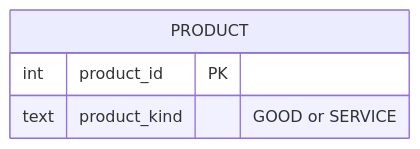
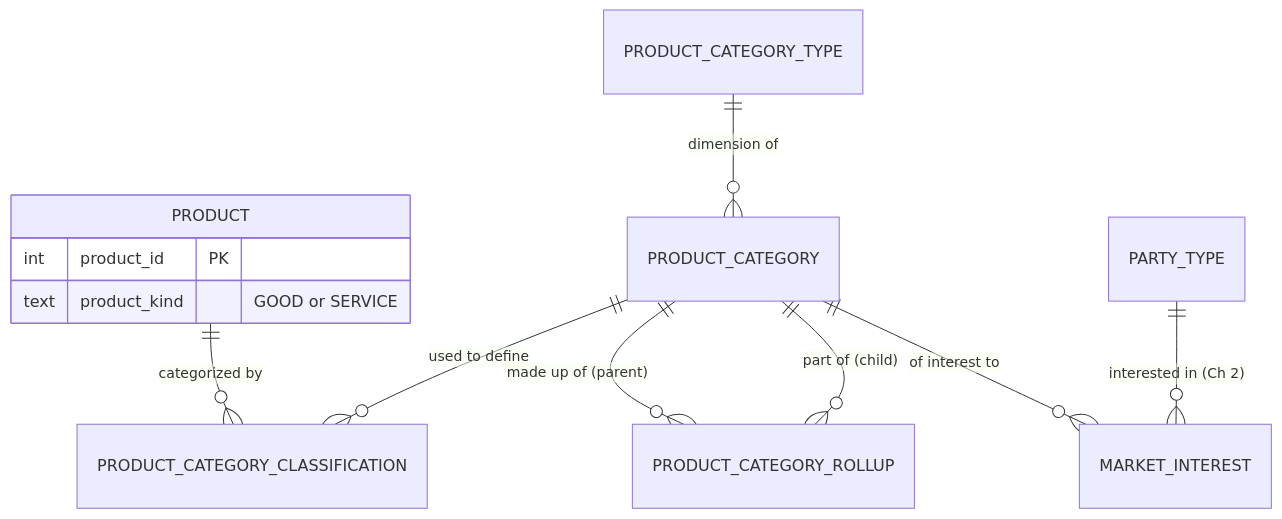
Before and after one commit to mauricioaznar/data-modelling-patterns: the diagram in volumes/v1-all-enterprises/03-products/diagram.md, drawn with Mermaid. The commit also changed 4 other files, not shown here.

Commit message:
Vol 1 Ch 3: Fig 3.2 product category (classification, rollup, market interest)

````diff
--- a/volumes/v1-all-enterprises/03-products/diagram.md
+++ b/volumes/v1-all-enterprises/03-products/diagram.md
@@ -7,8 +7,17 @@
 ```mermaid
 erDiagram
   %% Fig 3.1 — Product definition
   PRODUCT {
     int  product_id PK
     text product_kind "GOOD or SERVICE"
   }
+
+  %% Fig 3.2 — Product category
+  PRODUCT                 ||--o{ PRODUCT_CATEGORY_CLASSIFICATION : "categorized by"
+  PRODUCT_CATEGORY        ||--o{ PRODUCT_CATEGORY_CLASSIFICATION : "used to define"
+  PRODUCT_CATEGORY_TYPE   ||--o{ PRODUCT_CATEGORY                : "dimension of"
+  PRODUCT_CATEGORY        ||--o{ PRODUCT_CATEGORY_ROLLUP         : "made up of (parent)"
+  PRODUCT_CATEGORY        ||--o{ PRODUCT_CATEGORY_ROLLUP         : "part of (child)"
+  PRODUCT_CATEGORY        ||--o{ MARKET_INTEREST                 : "of interest to"
+  PARTY_TYPE              ||--o{ MARKET_INTEREST                 : "interested in (Ch 2)"
 ```
````
